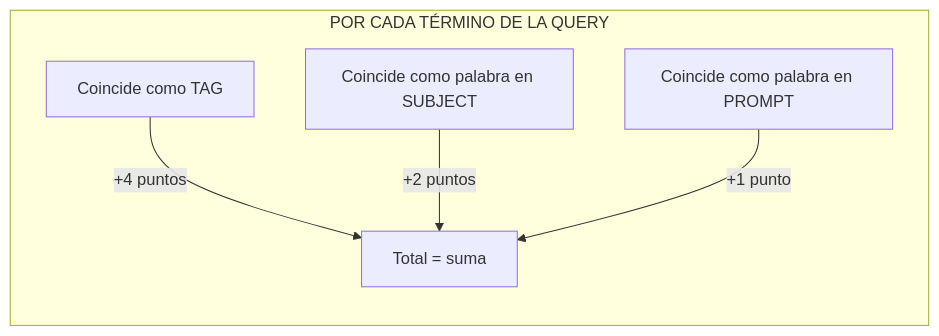
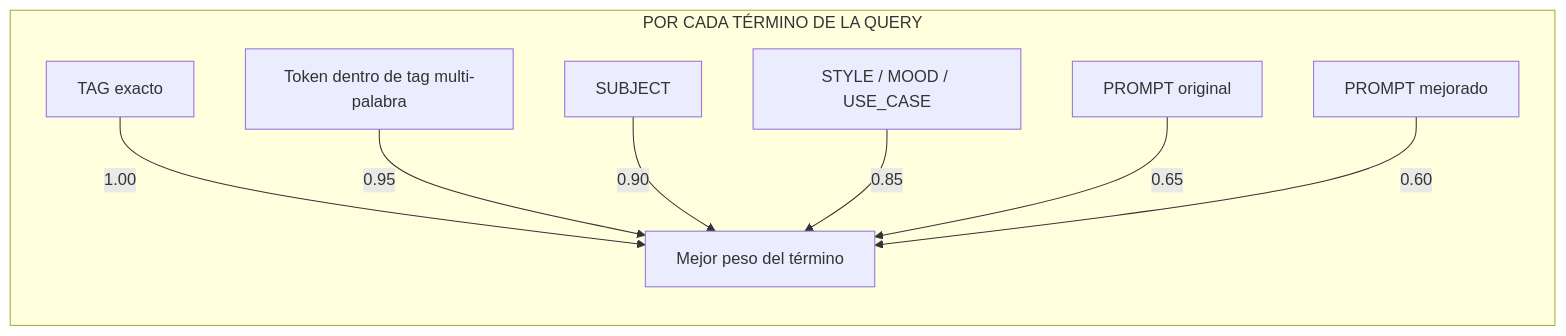
One commit to SenzaNomeca/Buscador-IA-con-grafos changed the eighth of 9 diagrams in docs/VORAEL_GUIA_COMPLETA.md. Above: the diagram before and after it, drawn with Mermaid. The commit also changed other lines of this file and 11 other files, not shown here.

````diff
--- a/docs/VORAEL_GUIA_COMPLETA.md
+++ b/docs/VORAEL_GUIA_COMPLETA.md
@@ -352,8 +373,11 @@
 ```mermaid
 flowchart LR
     subgraph PORTERMINO["POR CADA TÉRMINO DE LA QUERY"]
-        T["Coincide como TAG"] -->|+4 puntos| TOTAL["Total = suma"]
-        S["Coincide como palabra en SUBJECT"] -->|+2 puntos| TOTAL
-        P["Coincide como palabra en PROMPT"] -->|+1 punto| TOTAL
+        T["TAG exacto"] -->|1.00| TOTAL["Mejor peso del término"]
+        TT["Token dentro de tag multi-palabra"] -->|0.95| TOTAL
+        S["SUBJECT"] -->|0.90| TOTAL
+        M["STYLE / MOOD / USE_CASE"] -->|0.85| TOTAL
+        P["PROMPT original"] -->|0.65| TOTAL
+        E["PROMPT mejorado"] -->|0.60| TOTAL
     end
 ```
````
